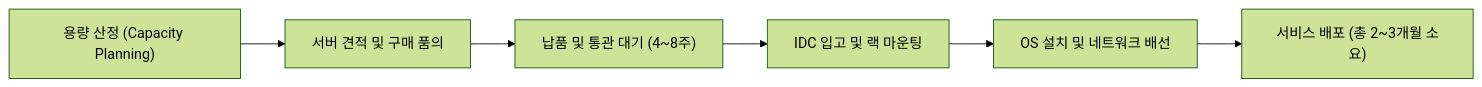
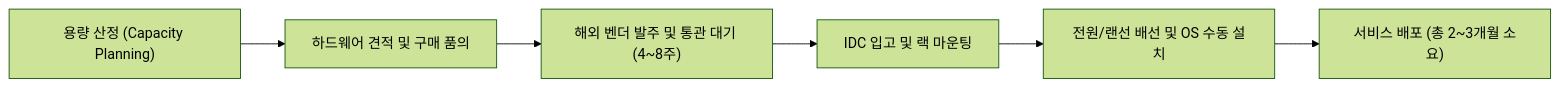
Before and after one commit to keimania/tech-notes: the first of 26 diagrams in 10_클라우드_빅데이터_인공지능.md, drawn with Mermaid (forest theme). The commit also changed other lines of this file and 12 other files, not shown here.

````diff
--- a/10_클라우드_빅데이터_인공지능.md
+++ b/10_클라우드_빅데이터_인공지능.md
@@ -25,8 +25,8 @@
 ```mermaid
 flowchart LR
-    A["용량 산정 (Capacity Planning)"] --> B["서버 견적 및 구매 품의"]
-    B --> C["납품 및 통관 대기 (4~8주)"]
+    A["용량 산정 (Capacity Planning)"] --> B["하드웨어 견적 및 구매 품의"]
+    B --> C["해외 벤더 발주 및 통관 대기 (4~8주)"]
     C --> D["IDC 입고 및 랙 마운팅"]
-    D --> E["OS 설치 및 네트워크 배선"]
+    D --> E["전원/랜선 배선 및 OS 수동 설치"]
     E --> F["서비스 배포 (총 2~3개월 소요)"]
 ```
````
